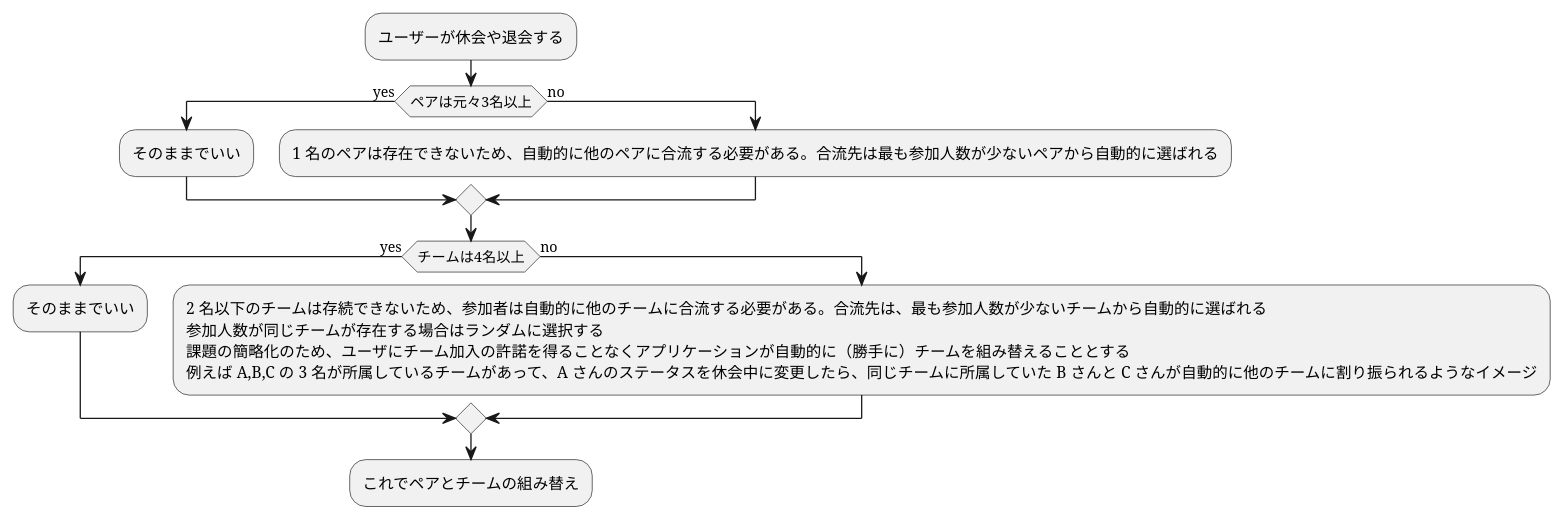
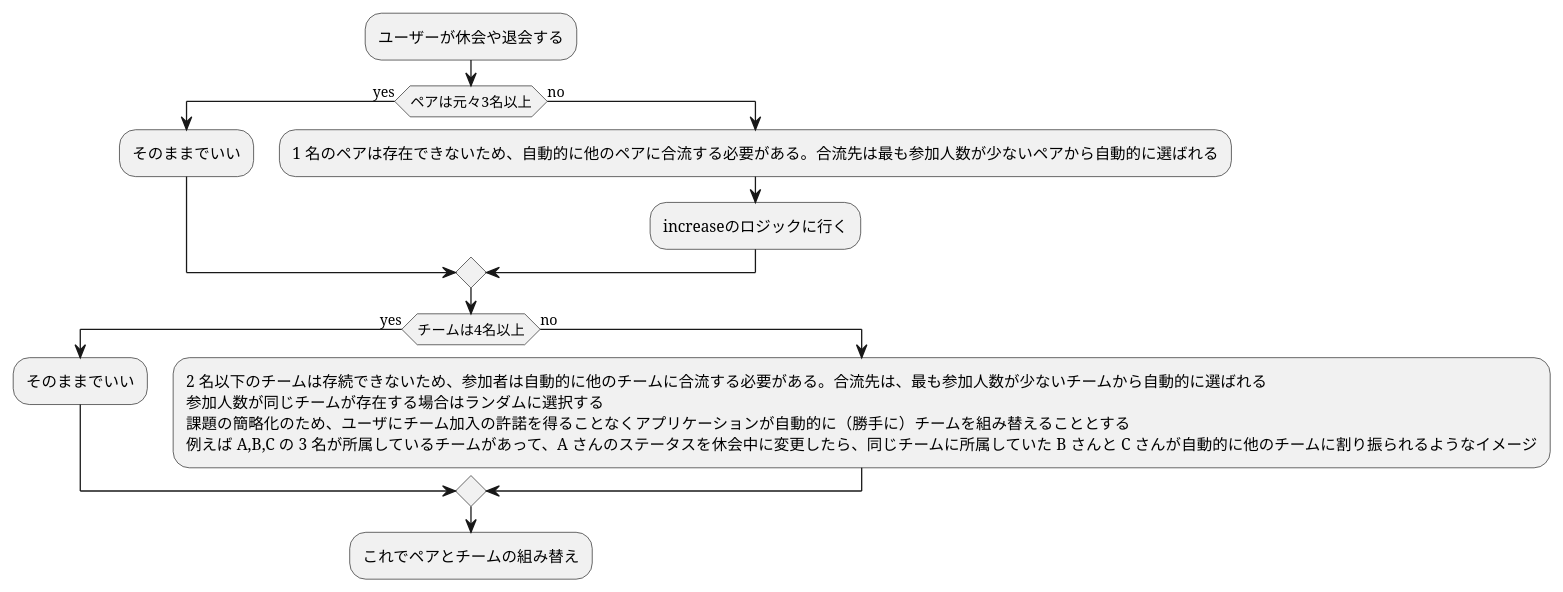
Before and after one commit to kai815/praha-challenge-extra-large-task: the diagram in modeling/team-pari-decrease-sequence.md, drawn with PlantUML.

Commit message:
ロジックの図の変更

````diff
--- a/modeling/team-pari-decrease-sequence.md
+++ b/modeling/team-pari-decrease-sequence.md
@@ -1,19 +1,20 @@
 ```uml
 @startuml
 :ユーザーが休会や退会する;
 if (ペアは元々3名以上) then (yes)
   :そのままでいい;
 else (no)
   :1 名のペアは存在できないため、自動的に他のペアに合流する必要がある。合流先は最も参加人数が少ないペアから自動的に選ばれる;
+  :increaseのロジックに行く;
 endif
 if (チームは4名以上) then (yes)
   :そのままでいい;
 else(no)
   :2 名以下のチームは存続できないため、参加者は自動的に他のチームに合流する必要がある。合流先は、最も参加人数が少ないチームから自動的に選ばれる
   参加人数が同じチームが存在する場合はランダムに選択する
   課題の簡略化のため、ユーザにチーム加入の許諾を得ることなくアプリケーションが自動的に（勝手に）チームを組み替えることとする
   例えば A,B,C の 3 名が所属しているチームがあって、A さんのステータスを休会中に変更したら、同じチームに所属していた B さんと C さんが自動的に他のチームに割り振られるようなイメージ;
 endif
 :これでペアとチームの組み替え;
 @enduml
 ```
````
